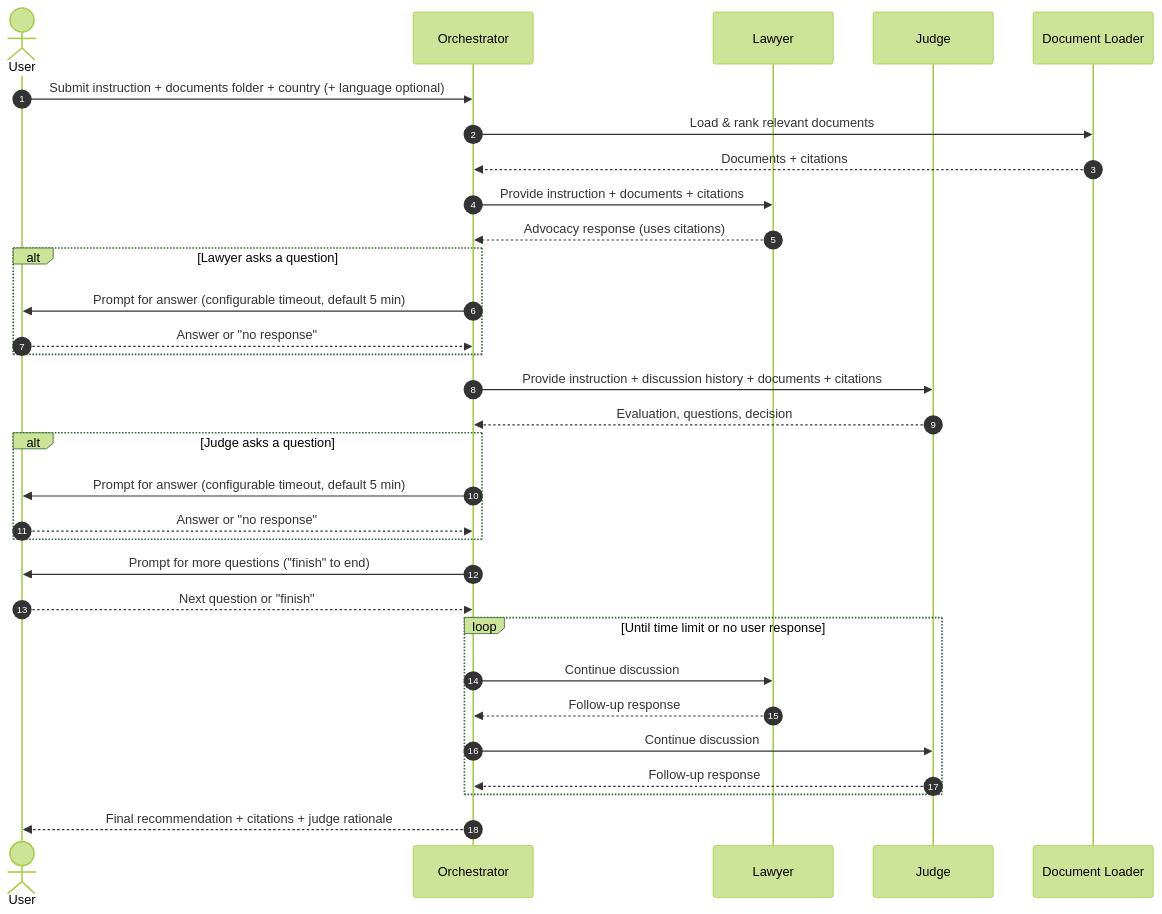
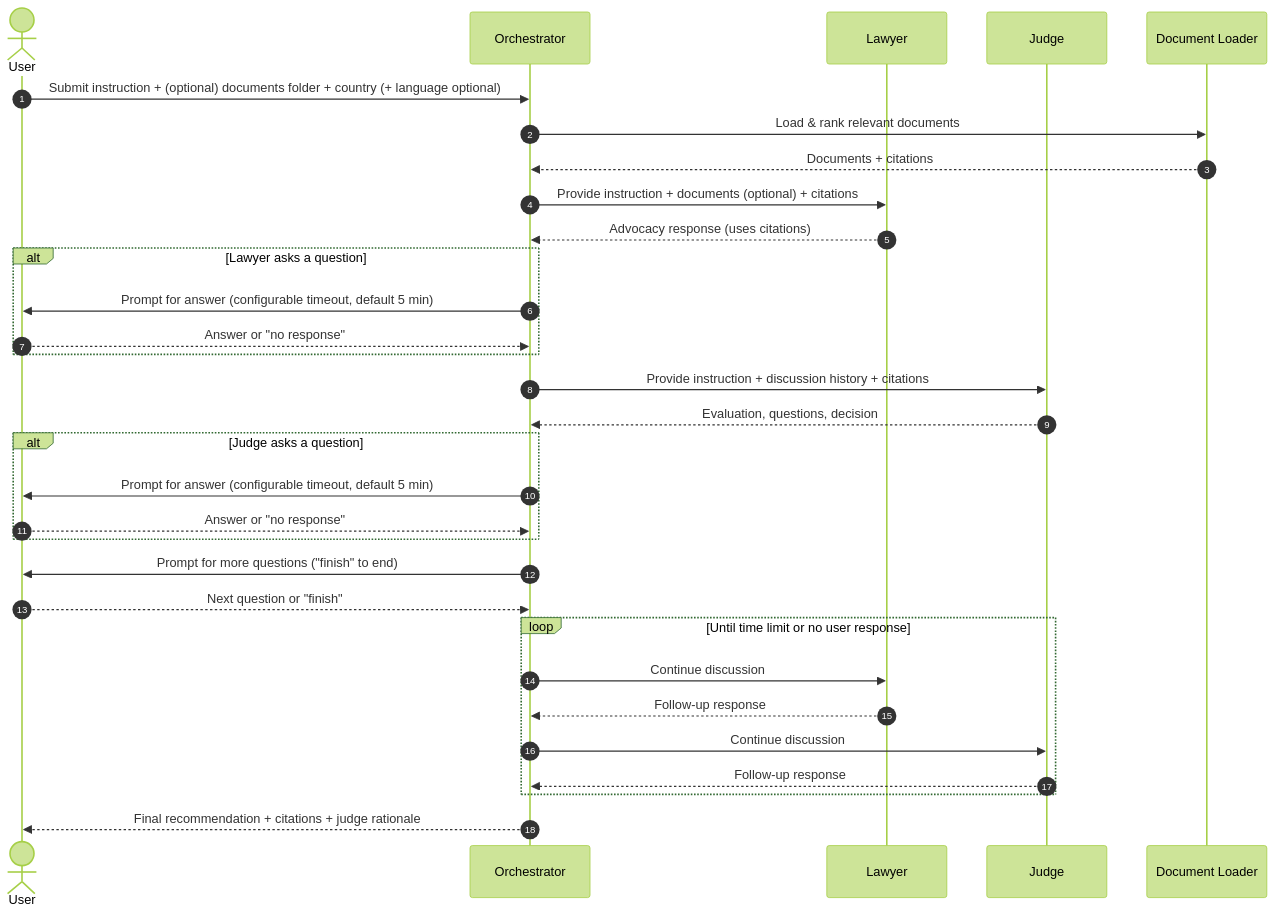
One commit to mmaideveloper/aijurisdictionagents changed the diagram in docs/SEQUENCE.md. Above: the diagram before and after it, drawn with Mermaid (forest theme). The commit also changed 6 other files, not shown here.

Commit message:
Make data dir optional and add discussion types

````diff
--- a/docs/SEQUENCE.md
+++ b/docs/SEQUENCE.md
@@ -3,34 +3,34 @@
 ```mermaid
 sequenceDiagram
     autonumber
     actor User
     participant Orchestrator
     participant Lawyer
     participant Judge
     participant Docs as Document Loader
 
-    User->>Orchestrator: Submit instruction + documents folder + country (+ language optional)
+    User->>Orchestrator: Submit instruction + (optional) documents folder + country (+ language optional)
     Orchestrator->>Docs: Load & rank relevant documents
     Docs-->>Orchestrator: Documents + citations
-    Orchestrator->>Lawyer: Provide instruction + documents + citations
+    Orchestrator->>Lawyer: Provide instruction + documents (optional) + citations
     Lawyer-->>Orchestrator: Advocacy response (uses citations)
     alt Lawyer asks a question
         Orchestrator->>User: Prompt for answer (configurable timeout, default 5 min)
         User-->>Orchestrator: Answer or "no response"
     end
-    Orchestrator->>Judge: Provide instruction + discussion history + documents + citations
+    Orchestrator->>Judge: Provide instruction + discussion history + citations
     Judge-->>Orchestrator: Evaluation, questions, decision
     alt Judge asks a question
         Orchestrator->>User: Prompt for answer (configurable timeout, default 5 min)
         User-->>Orchestrator: Answer or "no response"
     end
     Orchestrator->>User: Prompt for more questions ("finish" to end)
     User-->>Orchestrator: Next question or "finish"
     loop Until time limit or no user response
         Orchestrator->>Lawyer: Continue discussion
         Lawyer-->>Orchestrator: Follow-up response
         Orchestrator->>Judge: Continue discussion
         Judge-->>Orchestrator: Follow-up response
     end
     Orchestrator-->>User: Final recommendation + citations + judge rationale
 ```
````
